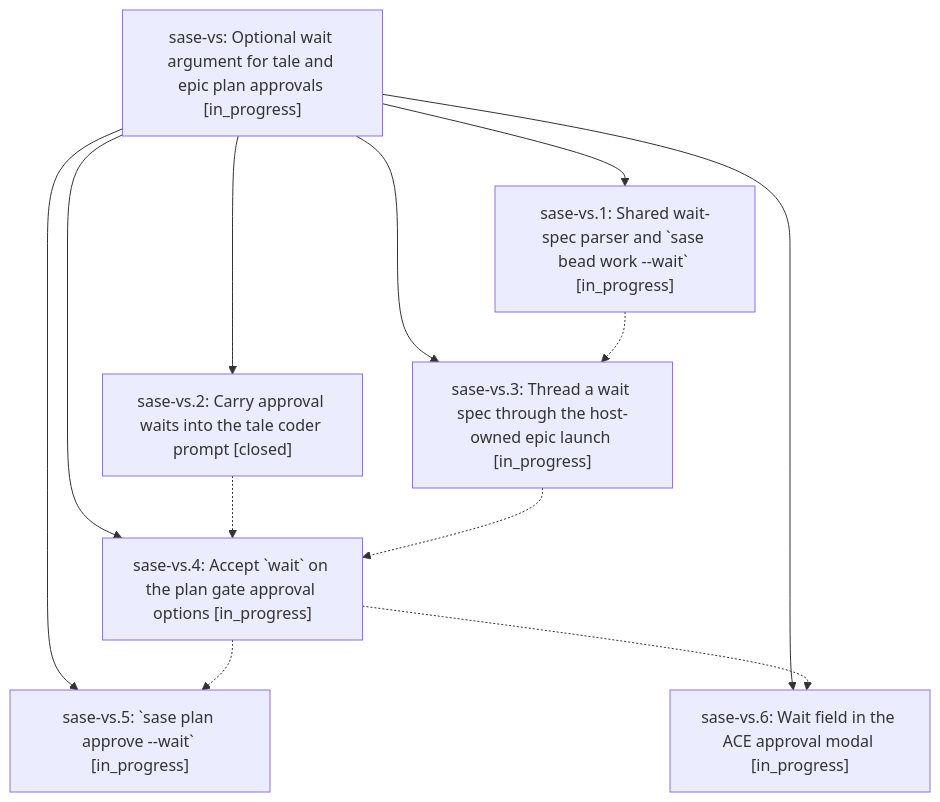
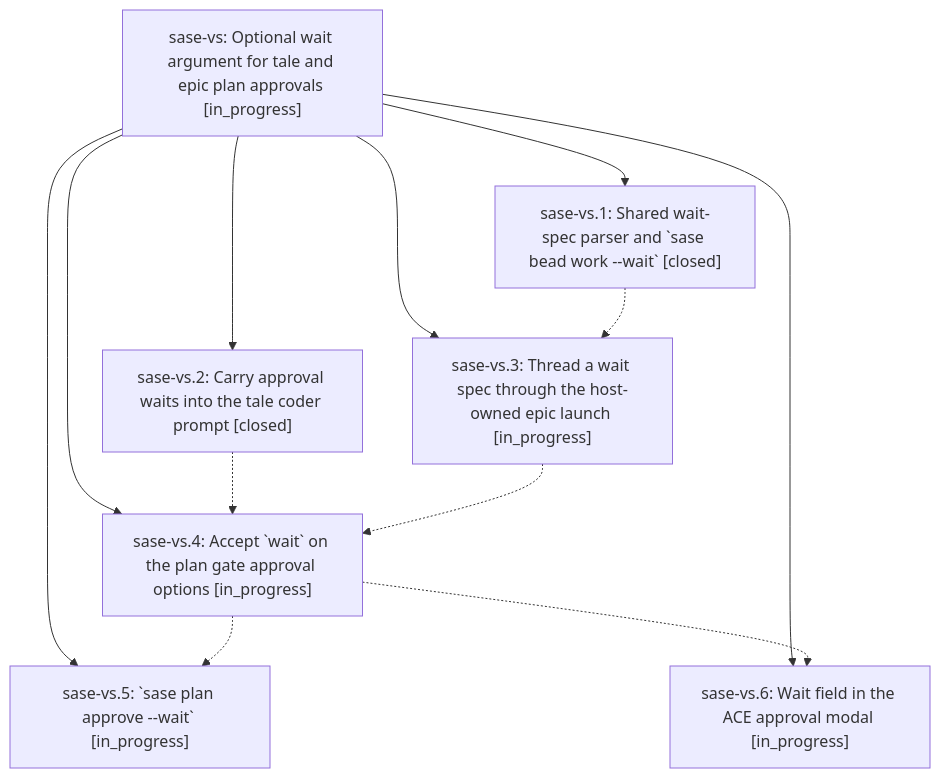
The diagram in pages/sase-vs/README.md (sase-org/sase--beads), drawn with Mermaid before and after one commit. The commit also changed other lines of this file and 2 other files, not shown here.

First line of the commit message:
chore(beads): sync bead state and pages for sase-vs

````diff
--- a/pages/sase-vs/README.md
+++ b/pages/sase-vs/README.md
@@ -39,21 +39,21 @@
 ```mermaid
 flowchart TD
     n0["sase-vs: Optional wait argument for tale and epic plan approvals [in_progress]"]
-    n1["sase-vs.1: Shared wait-spec parser and `sase bead work --wait` [in_progress]"]
+    n1["sase-vs.1: Shared wait-spec parser and `sase bead work --wait` [closed]"]
     n2["sase-vs.2: Carry approval waits into the tale coder prompt [closed]"]
     n3["sase-vs.3: Thread a wait spec through the host-owned epic launch [in_progress]"]
     n4["sase-vs.4: Accept `wait` on the plan gate approval options [in_progress]"]
     n5["sase-vs.5: `sase plan approve --wait` [in_progress]"]
     n6["sase-vs.6: Wait field in the ACE approval modal [in_progress]"]
     n0 --> n1
     n0 --> n2
     n0 --> n3
     n0 --> n4
     n0 --> n5
     n0 --> n6
     n1 -.-> n3
     n2 -.-> n4
     n3 -.-> n4
     n4 -.-> n5
     n4 -.-> n6
 ```
````
